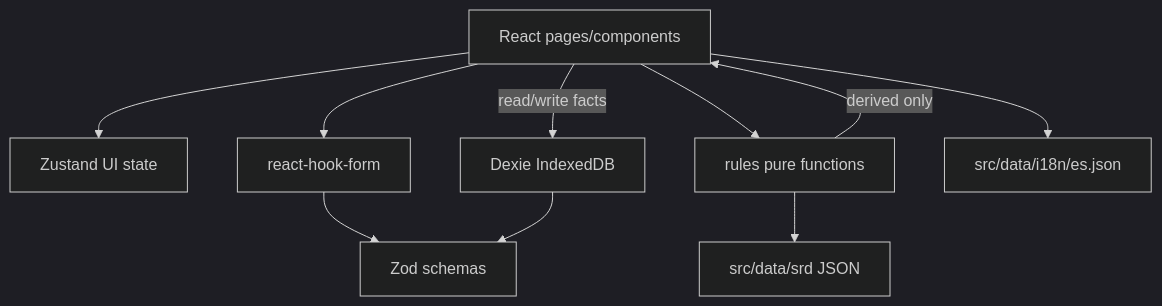
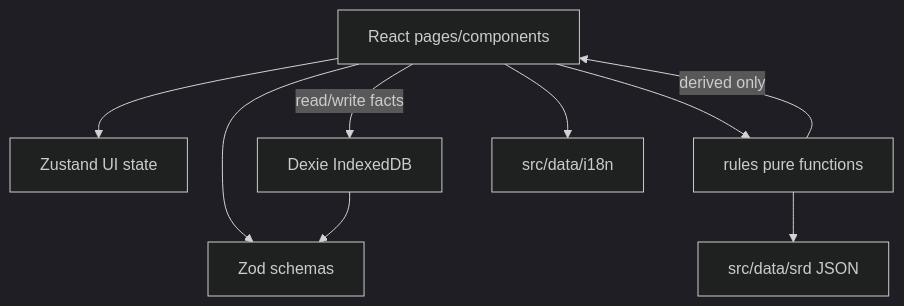
Before and after one commit to dmastergestion/ficha-personaje: the first of 2 diagrams in SPEC.md, drawn with Mermaid (dark theme). The commit also changed other lines of this file and 46 other files, not shown here.

````diff
--- a/SPEC.md
+++ b/SPEC.md
@@ -141,20 +127,18 @@
 ```mermaid
 flowchart TB
   UI[React pages/components]
   Store[Zustand UI state]
-  RHF[react-hook-form]
   Zod[Zod schemas]
   Rules[rules pure functions]
   Dexie[Dexie IndexedDB]
   SRD[src/data/srd JSON]
-  I18n[src/data/i18n/es.json]
+  I18n[src/data/i18n]
   UI --> Store
-  UI --> RHF
-  RHF --> Zod
+  UI --> Zod
   UI --> Rules
   Rules --> SRD
   UI --> I18n
   Dexie --> Zod
   UI -->|read/write facts| Dexie
   Rules -->|derived only| UI
 ```
````
